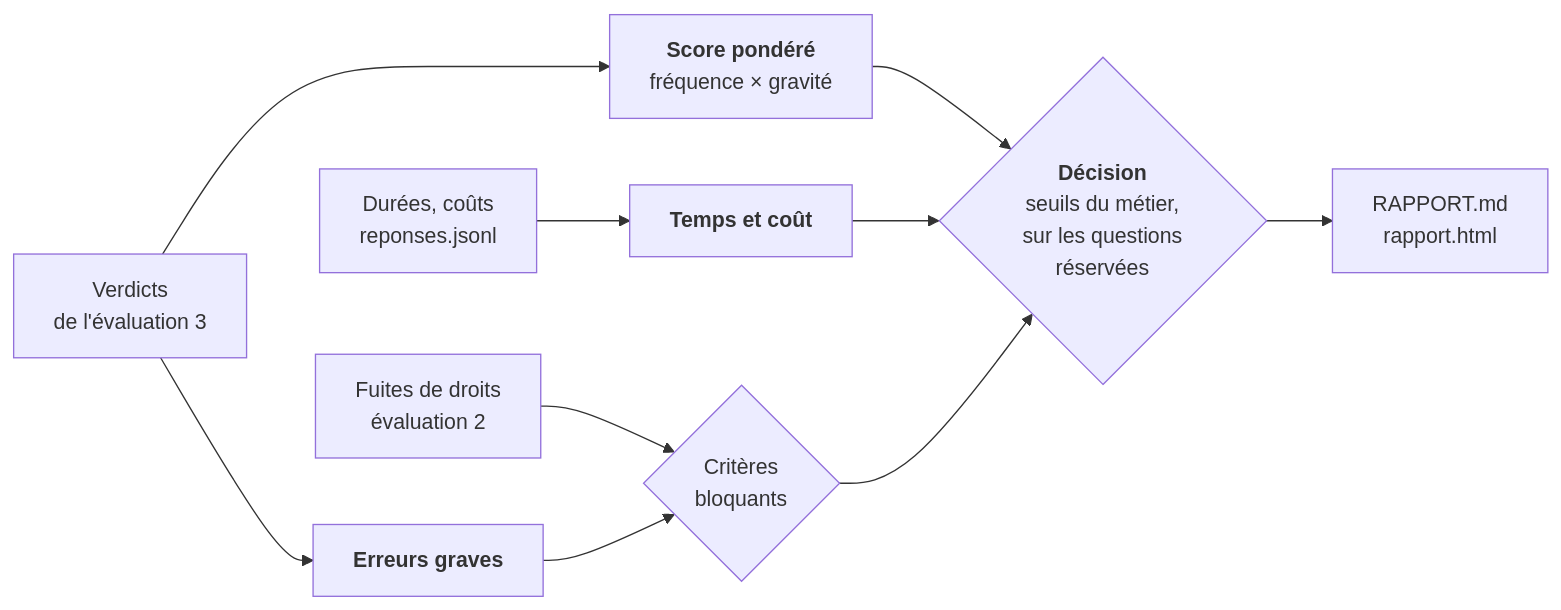
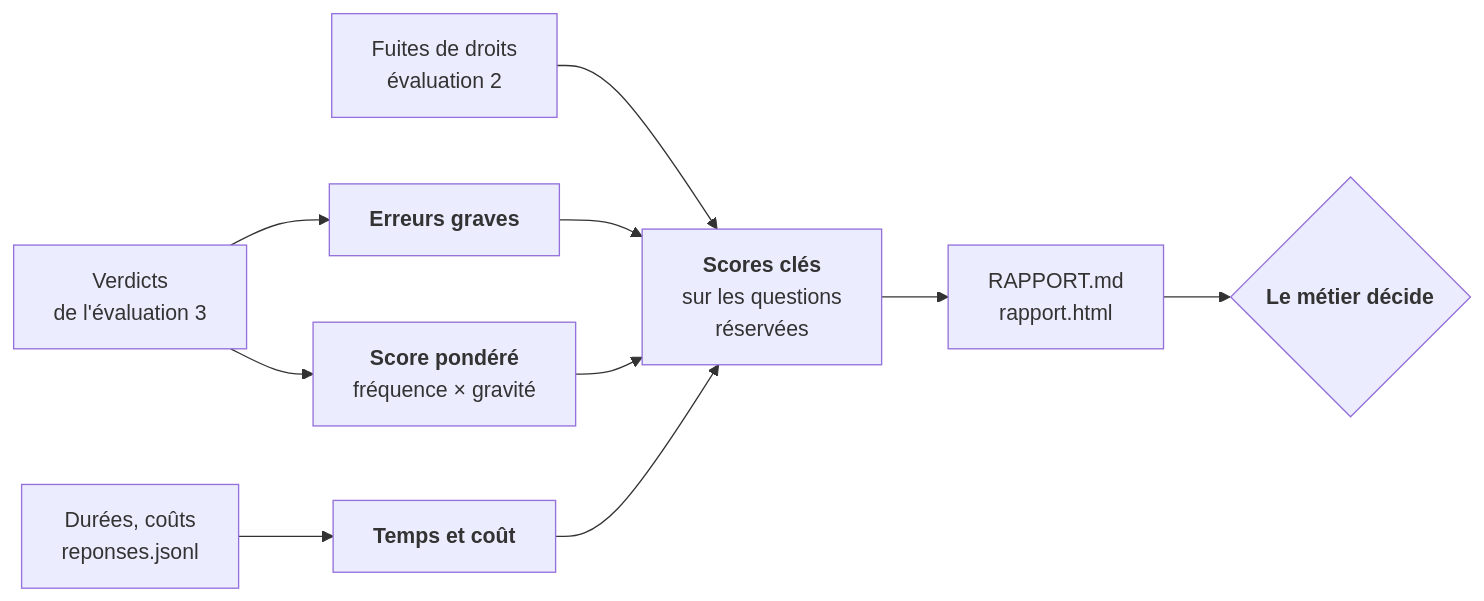
The diagram in service-evaluation/documentation/4_evaluation_bout_en_bout.md (floSa/RAG-Evaluation), drawn with Mermaid before and after one commit. The commit also changed other lines of this file and 14 other files, not shown here.

Commit message:
Guides du service : plus de seuils, scores clés lus par le métier, sources d'application

````diff
--- a/service-evaluation/documentation/4_evaluation_bout_en_bout.md
+++ b/service-evaluation/documentation/4_evaluation_bout_en_bout.md
@@ -27,12 +27,12 @@
 ```mermaid
 flowchart LR
     N3["Verdicts<br/>de l'évaluation 3"] --> P["<b>Score pondéré</b><br/>fréquence × gravité"]
     R["Durées, coûts<br/>reponses.jsonl"] --> T["<b>Temps et coût</b>"]
     N3 --> G["<b>Erreurs graves</b>"]
-    F["Fuites de droits<br/>évaluation 2"] --> B{"Critères<br/>bloquants"}
-    G --> B
-    P --> D{"<b>Décision</b><br/>seuils du métier,<br/>sur les questions<br/>réservées"}
-    T --> D
-    B --> D
-    D --> H["RAPPORT.md<br/>rapport.html"]
+    F["Fuites de droits<br/>évaluation 2"] --> C["<b>Scores clés</b><br/>sur les questions<br/>réservées"]
+    G --> C
+    P --> C
+    T --> C
+    C --> H["RAPPORT.md<br/>rapport.html"]
+    H --> M{"<b>Le métier décide</b>"}
 ```
````
